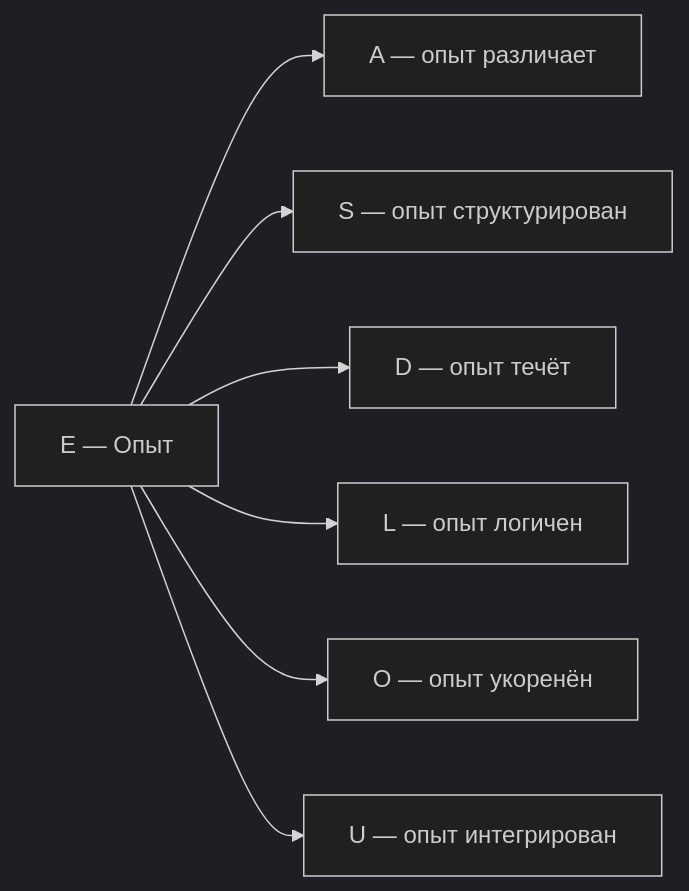
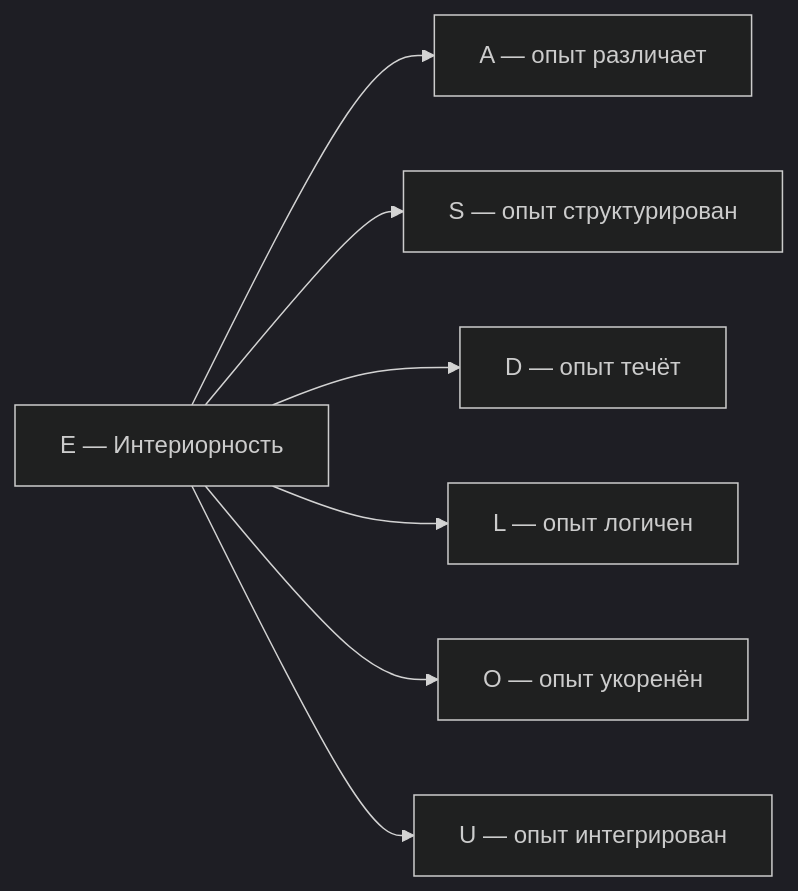
The diagram in website/docs/core/structure/dimension-e.md (uhm-theory/holon), drawn with Mermaid (dark theme) before and after one commit. The commit also changed other lines of this file and 44 other files, not shown here.

````diff
--- a/website/docs/core/structure/dimension-e.md
+++ b/website/docs/core/structure/dimension-e.md
@@ -160,9 +160,9 @@
 ```mermaid
 graph LR
-    E["E — Опыт"] --> A["A — опыт различает"]
+    E["E — Интериорность"] --> A["A — опыт различает"]
     E --> S["S — опыт структурирован"]
     E --> D["D — опыт течёт"]
     E --> L["L — опыт логичен"]
     E --> O["O — опыт укоренён"]
     E --> U["U — опыт интегрирован"]
 ```
````
